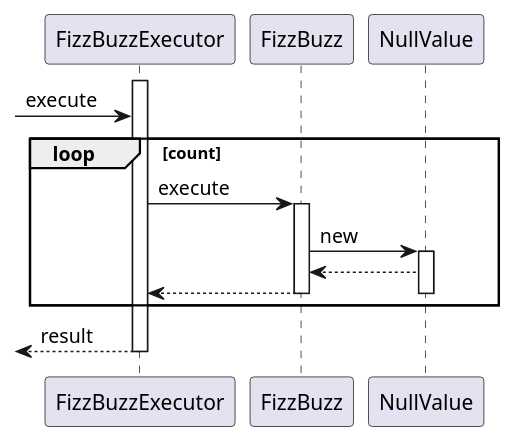
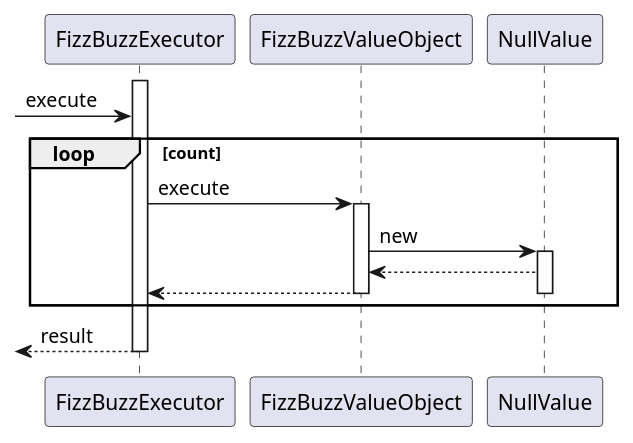
One commit to k2works/etude_for_ruby changed the fifth of 5 diagrams in docs/dev/_fizz_buzz.md. Above: the diagram before and after it, drawn with PlantUML. The commit also changed other lines of this file and 15 other files, not shown here.

````diff
--- a/docs/dev/_fizz_buzz.md
+++ b/docs/dev/_fizz_buzz.md
@@ -130,18 +132,18 @@
 ```puml
 @startuml
 activate FizzBuzzExecutor
 -> FizzBuzzExecutor :execute
 loop count
-  FizzBuzzExecutor -> FizzBuzz :execute
-  activate FizzBuzz
-    FizzBuzz -> NullValue :new  
+  FizzBuzzExecutor -> FizzBuzzValueObject :execute
+  activate FizzBuzzValueObject
+    FizzBuzzValueObject -> NullValue :new  
     activate NullValue
-      NullValue --> FizzBuzz
-      FizzBuzzExecutor <-- FizzBuzz
+      NullValue --> FizzBuzzValueObject
+      FizzBuzzExecutor <-- FizzBuzzValueObject
     deactivate NullValue
-  deactivate FizzBuzz
+  deactivate FizzBuzzValueObject
 end
 <-- FizzBuzzExecutor :result
 deactivate FizzBuzzExecutor
 @enduml
 ```
````
